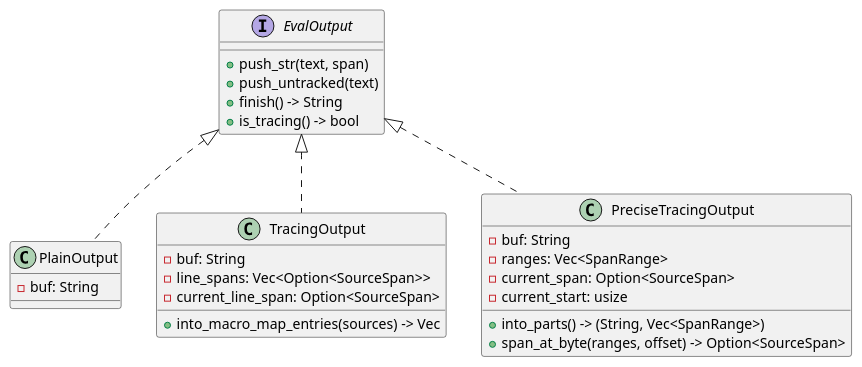
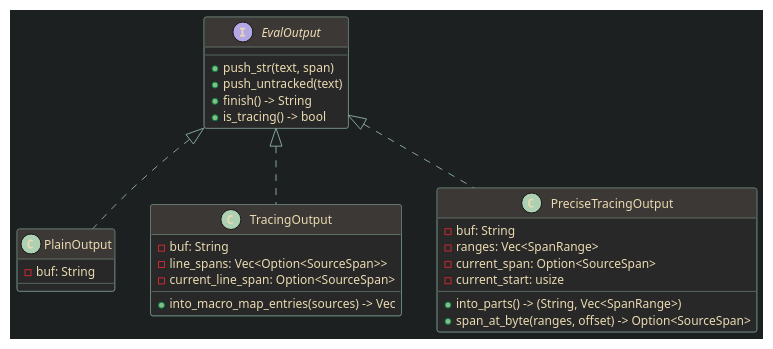
Before and after one commit to giannifer7/weaveback: the diagram in crates/weaveback-macro/src/evaluator/output.adoc, drawn with PlantUML. The commit also changed 14 other files, not shown here.

```diff
--- a/crates/weaveback-macro/src/evaluator/output.adoc
+++ b/crates/weaveback-macro/src/evaluator/output.adoc
@@ -57,35 +57,47 @@
-[plantuml]
+[plantuml,format=svg]
 ----
 @startuml
+skinparam backgroundColor #1d2021
+skinparam defaultFontColor #ebdbb2
+skinparam defaultFontSize 12
+skinparam ArrowColor #83a598
+skinparam ClassBorderColor #83a598
+skinparam ClassBackgroundColor #282828
+skinparam ClassFontColor #ebdbb2
+skinparam ClassHeaderBackgroundColor #3c3836
+skinparam InterfaceBorderColor #b8bb26
+skinparam InterfaceBackgroundColor #282828
+skinparam InterfaceFontColor #ebdbb2
+
 interface EvalOutput {
   +push_str(text, span)
   +push_untracked(text)
   +finish() -> String
   +is_tracing() -> bool
 }
 
 class PlainOutput {
   -buf: String
 }
 
 class TracingOutput {
   -buf: String
   -line_spans: Vec<Option<SourceSpan>>
   -current_line_span: Option<SourceSpan>
   +into_macro_map_entries(sources) -> Vec
 }
 
 class PreciseTracingOutput {
   -buf: String
   -ranges: Vec<SpanRange>
   -current_span: Option<SourceSpan>
   -current_start: usize
   +into_parts() -> (String, Vec<SpanRange>)
   +span_at_byte(ranges, offset) -> Option<SourceSpan>
 }
 
 EvalOutput <|.. PlainOutput
 EvalOutput <|.. TracingOutput
 EvalOutput <|.. PreciseTracingOutput
 @enduml
 ----
```
